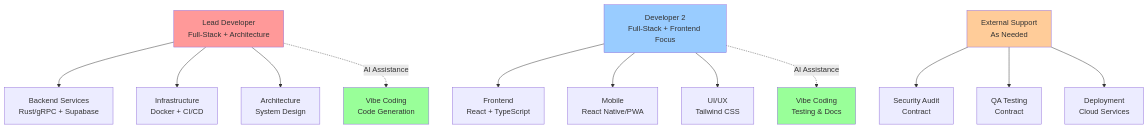
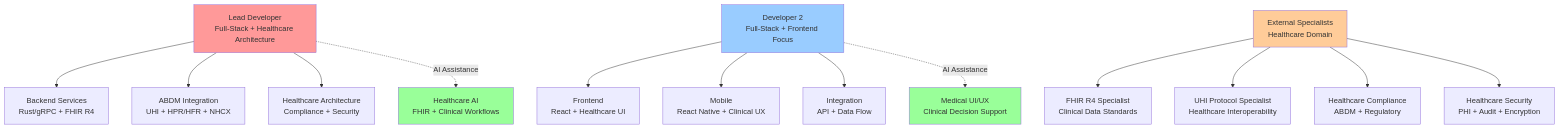
Before and after one commit to health-tech-uhi/blueprint: the fourth of 11 diagrams in 05-implementation-plan.md, drawn with Mermaid. The commit also changed other lines of this file and 8 other files, not shown here.

````diff
--- a/05-implementation-plan.md
+++ b/05-implementation-plan.md
@@ -469,27 +568,28 @@
 ```mermaid
 graph TB
-    LEAD[Lead Developer<br/>Full-Stack + Architecture]
+    LEAD[Lead Developer<br/>Full-Stack + Healthcare Architecture]
     DEV2[Developer 2<br/>Full-Stack + Frontend Focus]
     
-    LEAD --> BACKEND[Backend Services<br/>Rust/gRPC + Supabase]
-    LEAD --> INFRA[Infrastructure<br/>Docker + CI/CD]
-    LEAD --> ARCH[Architecture<br/>System Design]
+    LEAD --> BACKEND[Backend Services<br/>Rust/gRPC + FHIR R4]
+    LEAD --> ABDM[ABDM Integration<br/>UHI + HPR/HFR + NHCX]
+    LEAD --> ARCH[Healthcare Architecture<br/>Compliance + Security]
     
-    DEV2 --> FRONTEND[Frontend<br/>React + TypeScript]
-    DEV2 --> MOBILE[Mobile<br/>React Native/PWA]
-    DEV2 --> UI[UI/UX<br/>Tailwind CSS]
+    DEV2 --> FRONTEND[Frontend<br/>React + Healthcare UI]
+    DEV2 --> MOBILE[Mobile<br/>React Native + Clinical UX]
+    DEV2 --> INTEGRATION[Integration<br/>API + Data Flow]
     
-    LEAD -.->|AI Assistance| AI1[Vibe Coding<br/>Code Generation]
-    DEV2 -.->|AI Assistance| AI2[Vibe Coding<br/>Testing & Docs]
+    SPECIALISTS[External Specialists<br/>Healthcare Domain]
+    SPECIALISTS --> FHIR[FHIR R4 Specialist<br/>Clinical Data Standards]
+    SPECIALISTS --> UHI[UHI Protocol Specialist<br/>Healthcare Interoperability]
+    SPECIALISTS --> COMPLIANCE[Healthcare Compliance<br/>ABDM + Regulatory]
+    SPECIALISTS --> SECURITY[Healthcare Security<br/>PHI + Audit + Encryption]
     
-    EXTERNAL[External Support<br/>As Needed]
-    EXTERNAL --> SEC[Security Audit<br/>Contract]
-    EXTERNAL --> QA[QA Testing<br/>Contract]
-    EXTERNAL --> DEPLOY[Deployment<br/>Cloud Services]
+    LEAD -.->|AI Assistance| AI1[Healthcare AI<br/>FHIR + Clinical Workflows]
+    DEV2 -.->|AI Assistance| AI2[Medical UI/UX<br/>Clinical Decision Support]
     
     style LEAD fill:#ff9999
     style DEV2 fill:#99ccff
+    style SPECIALISTS fill:#ffcc99
     style AI1 fill:#99ff99
     style AI2 fill:#99ff99
-    style EXTERNAL fill:#ffcc99
 ```
````
